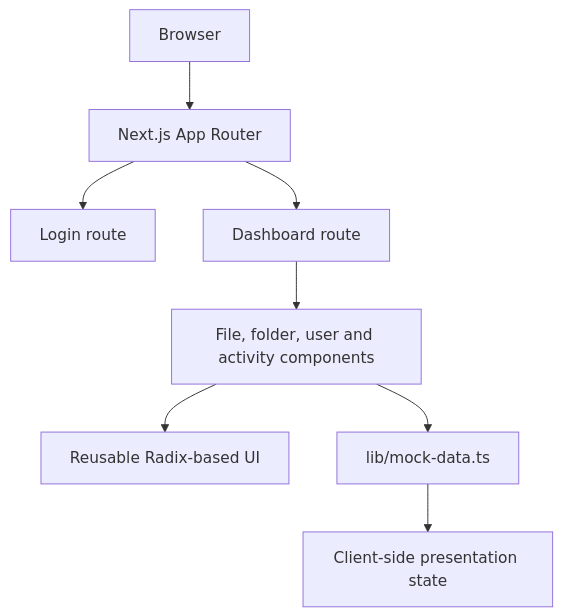
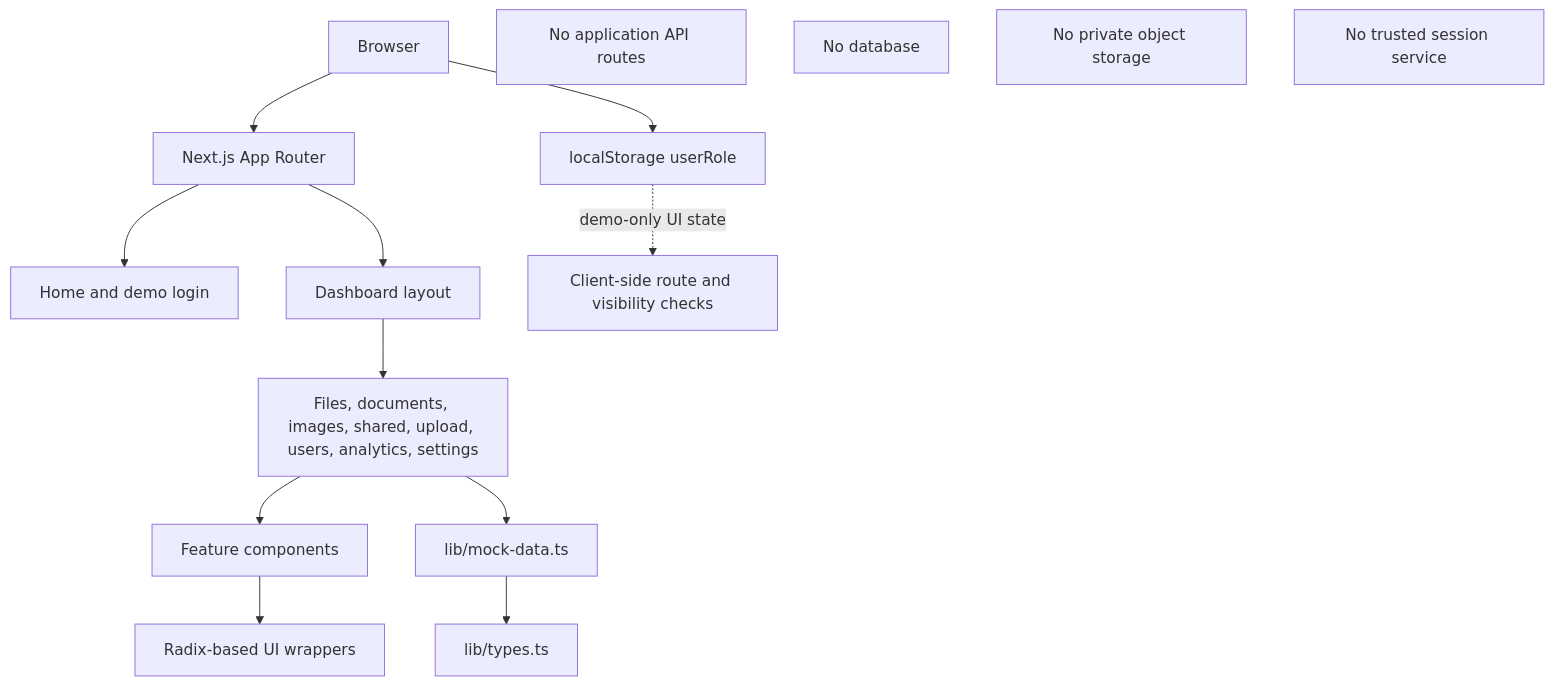
Before and after one commit to Brajesh31/secure-file-manager: the diagram in docs/ARCHITECTURE.md, drawn with Mermaid. The commit also changed other lines of this file and 39 other files, not shown here.

````diff
--- a/docs/ARCHITECTURE.md
+++ b/docs/ARCHITECTURE.md
@@ -6,10 +7,17 @@
 ```mermaid
 flowchart TD
   Browser[Browser] --> Next[Next.js App Router]
-  Next --> Login[Login route]
-  Next --> Dashboard[Dashboard route]
-  Dashboard --> Features[File, folder, user and activity components]
-  Features --> UI[Reusable Radix-based UI]
-  Features --> Mock[lib/mock-data.ts]
-  Mock --> BrowserState[Client-side presentation state]
+  Next --> Home[Home and demo login]
+  Next --> Dash[Dashboard layout]
+  Dash --> Pages[Files, documents, images, shared, upload, users, analytics, settings]
+  Pages --> Feature[Feature components]
+  Feature --> Primitives[Radix-based UI wrappers]
+  Pages --> Fixtures[lib/mock-data.ts]
+  Fixtures --> Types[lib/types.ts]
+  Browser --> Storage[localStorage userRole]
+  Storage -. demo-only UI state .-> ClientGuard[Client-side route and visibility checks]
+  NoAPI[No application API routes]
+  NoDB[No database]
+  NoObject[No private object storage]
+  NoSession[No trusted session service]
 ```
````
